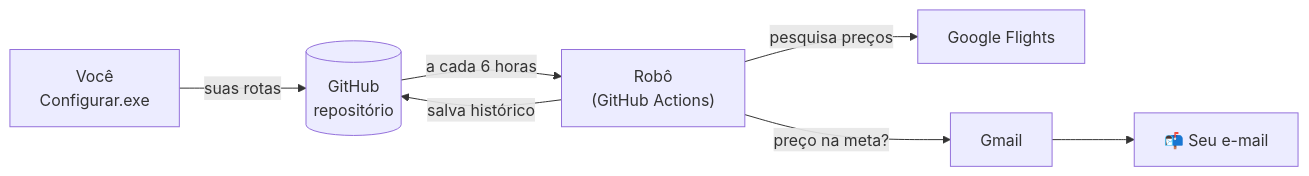
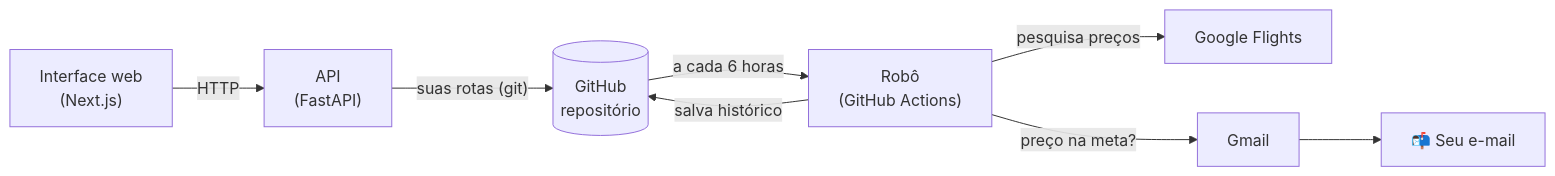
Before and after one commit to victh0r13/flights: the diagram in README.md, drawn with Mermaid. The commit also changed other lines of this file and 37 other files, not shown here.

First line of the commit message:
Interface web (Next.js) e API (FastAPI) para o rastreador

````diff
--- a/README.md
+++ b/README.md
@@ -18,9 +18,10 @@
 ```mermaid
 flowchart LR
-    A["Você<br/>Configurar.exe"] -- "suas rotas" --> B[("GitHub<br/>repositório")]
+    W["Interface web<br/>(Next.js)"] -- "HTTP" --> API["API<br/>(FastAPI)"]
+    API -- "suas rotas (git)" --> B[("GitHub<br/>repositório")]
     B -- "a cada 6 horas" --> C["Robô<br/>(GitHub Actions)"]
     C -- "pesquisa preços" --> D["Google Flights"]
     C -- "salva histórico" --> B
     C -- "preço na meta?" --> E["Gmail"]
     E --> F["📬 Seu e-mail"]
 ```
````
